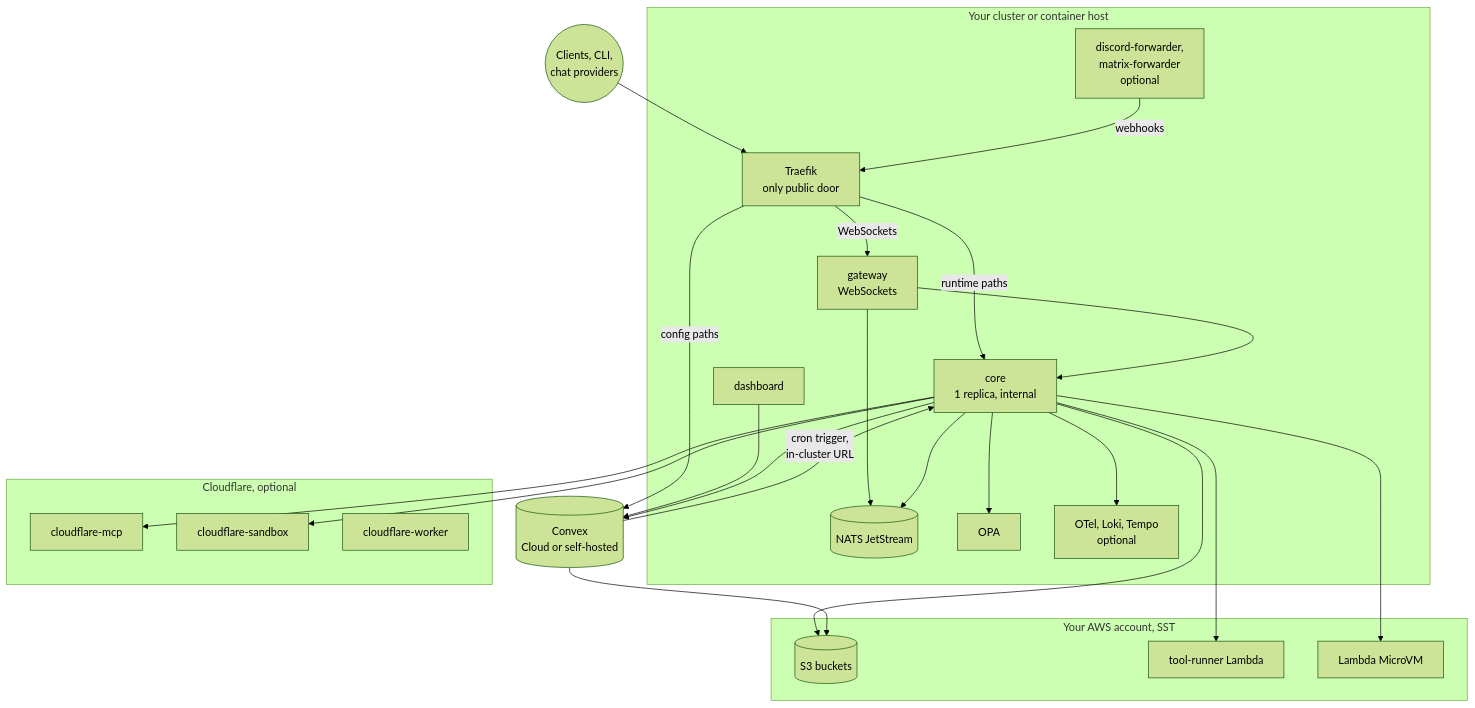
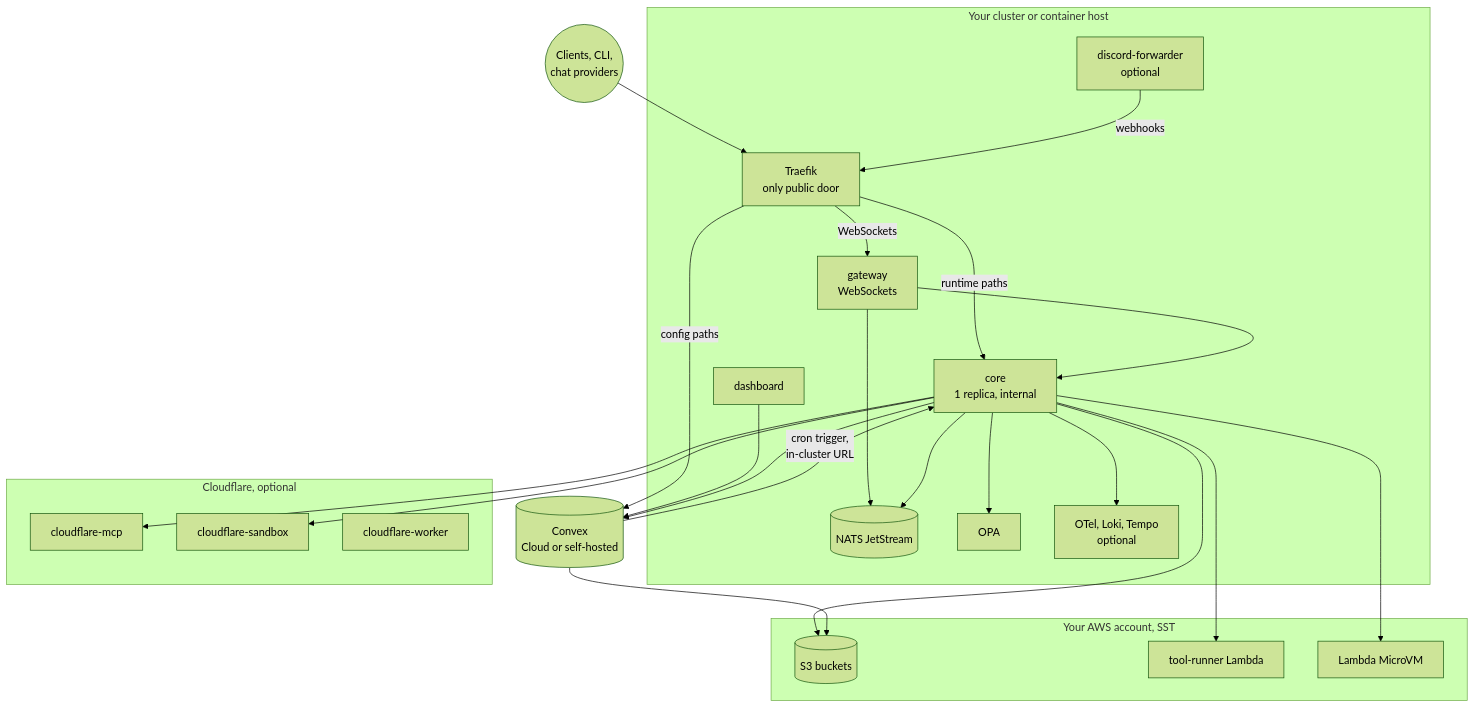
One commit to beeblastco/broods changed the first of 6 diagrams in apps/docs/docs/internals/self-hosting.md. Above: the diagram before and after it, drawn with Mermaid (forest theme). The commit also changed other lines of this file and 77 other files, not shown here.

First line of the commit message:
chore!: remove the Matrix channel and apps/matrix-forwarder

````diff
--- a/apps/docs/docs/internals/self-hosting.md
+++ b/apps/docs/docs/internals/self-hosting.md
@@ -7,49 +7,49 @@
 ```mermaid
 flowchart TB
   Users(("Clients, CLI,<br/>chat providers"))
 
   subgraph host["Your cluster or container host"]
     Traefik["Traefik<br/>only public door"]
     Core["core<br/>1 replica, internal"]
     Gateway["gateway<br/>WebSockets"]
     Dashboard["dashboard"]
     NATS[("NATS JetStream")]
     OPA["OPA"]
     Obs["OTel, Loki, Tempo<br/>optional"]
-    Fwd["discord-forwarder,<br/>matrix-forwarder<br/>optional"]
+    Fwd["discord-forwarder<br/>optional"]
   end
 
   Convex[("Convex<br/>Cloud or self-hosted")]
 
   subgraph aws["Your AWS account, SST"]
     S3[("S3 buckets")]
     Lambda["tool-runner Lambda"]
     MicroVM["Lambda MicroVM"]
   end
 
   subgraph cf["Cloudflare, optional"]
     McpW["cloudflare-mcp"]
     SbxW["cloudflare-sandbox"]
     IsoW["cloudflare-worker"]
   end
 
   Users --> Traefik
   Traefik -->|runtime paths| Core
   Traefik -->|config paths| Convex
   Traefik -->|WebSockets| Gateway
   Gateway --> Core
   Gateway --> NATS
   Dashboard --> Convex
   Core --> Convex
   Convex -->|"cron trigger,<br/>in-cluster URL"| Core
   Core --> NATS
   Core --> OPA
   Core --> Obs
   Core --> S3
   Core --> Lambda
   Core --> MicroVM
   Convex --> S3
   Fwd -->|webhooks| Traefik
   Core --> McpW
   Core --> SbxW
 ```
````
